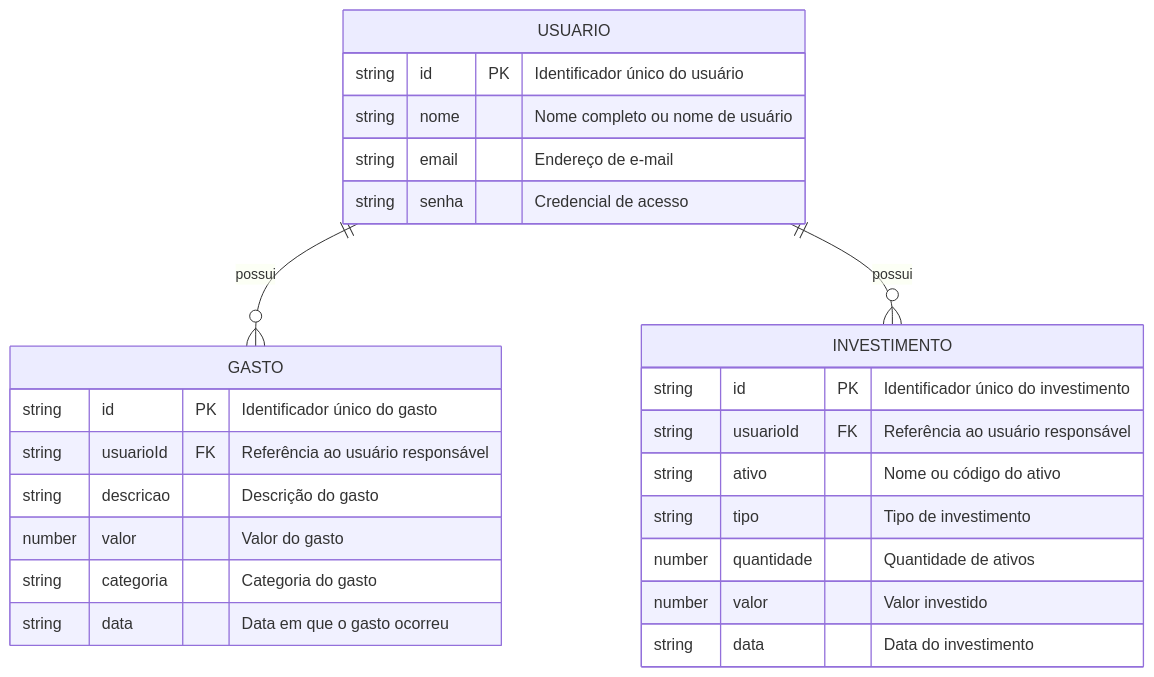
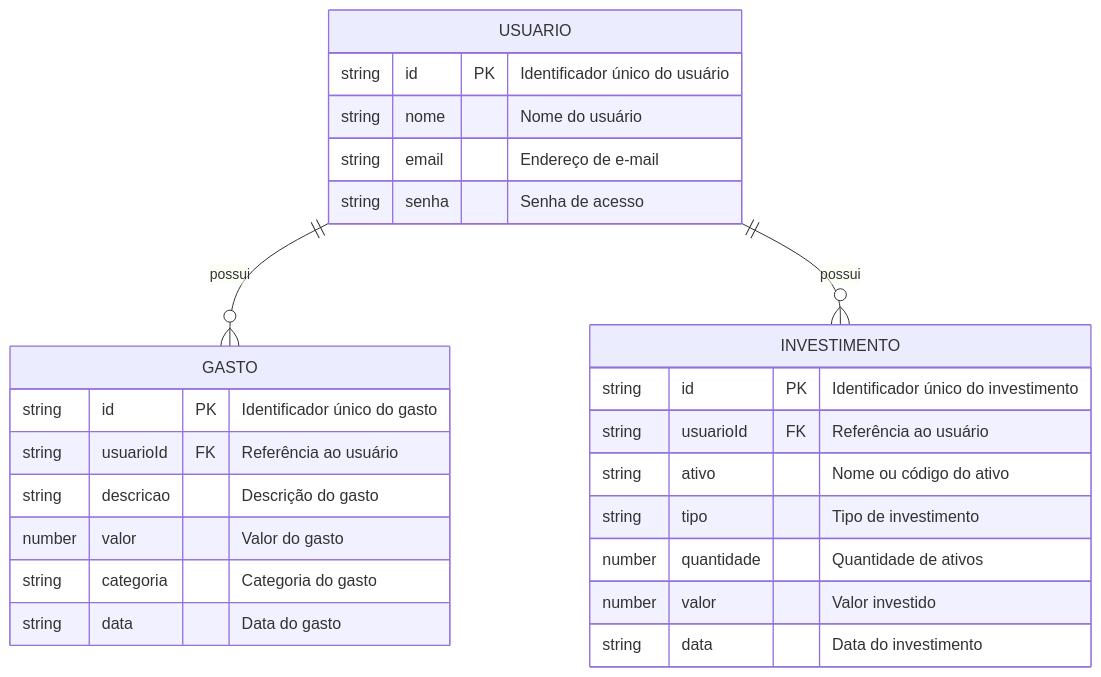
Before and after one commit to Lucas-Vieira08/finance-book: the diagram in docs/architecture.md, drawn with Mermaid. The commit also changed other lines of this file and 3 other files, not shown here.

````diff
--- a/docs/architecture.md
+++ b/docs/architecture.md
@@ -9,31 +9,31 @@
 ```mermaid
 erDiagram
     USUARIO ||--o{ GASTO : "possui"
     USUARIO ||--o{ INVESTIMENTO : "possui"
 
     USUARIO {
         string id PK "Identificador único do usuário"
-        string nome "Nome completo ou nome de usuário"
+        string nome "Nome do usuário"
         string email "Endereço de e-mail"
-        string senha "Credencial de acesso"
+        string senha "Senha de acesso"
     }
 
     GASTO {
         string id PK "Identificador único do gasto"
-        string usuarioId FK "Referência ao usuário responsável"
+        string usuarioId FK "Referência ao usuário"
         string descricao "Descrição do gasto"
         number valor "Valor do gasto"
         string categoria "Categoria do gasto"
-        string data "Data em que o gasto ocorreu"
+        string data "Data do gasto"
     }
 
     INVESTIMENTO {
         string id PK "Identificador único do investimento"
-        string usuarioId FK "Referência ao usuário responsável"
+        string usuarioId FK "Referência ao usuário"
         string ativo "Nome ou código do ativo"
         string tipo "Tipo de investimento"
         number quantidade "Quantidade de ativos"
         number valor "Valor investido"
         string data "Data do investimento"
     }
 ```
````
